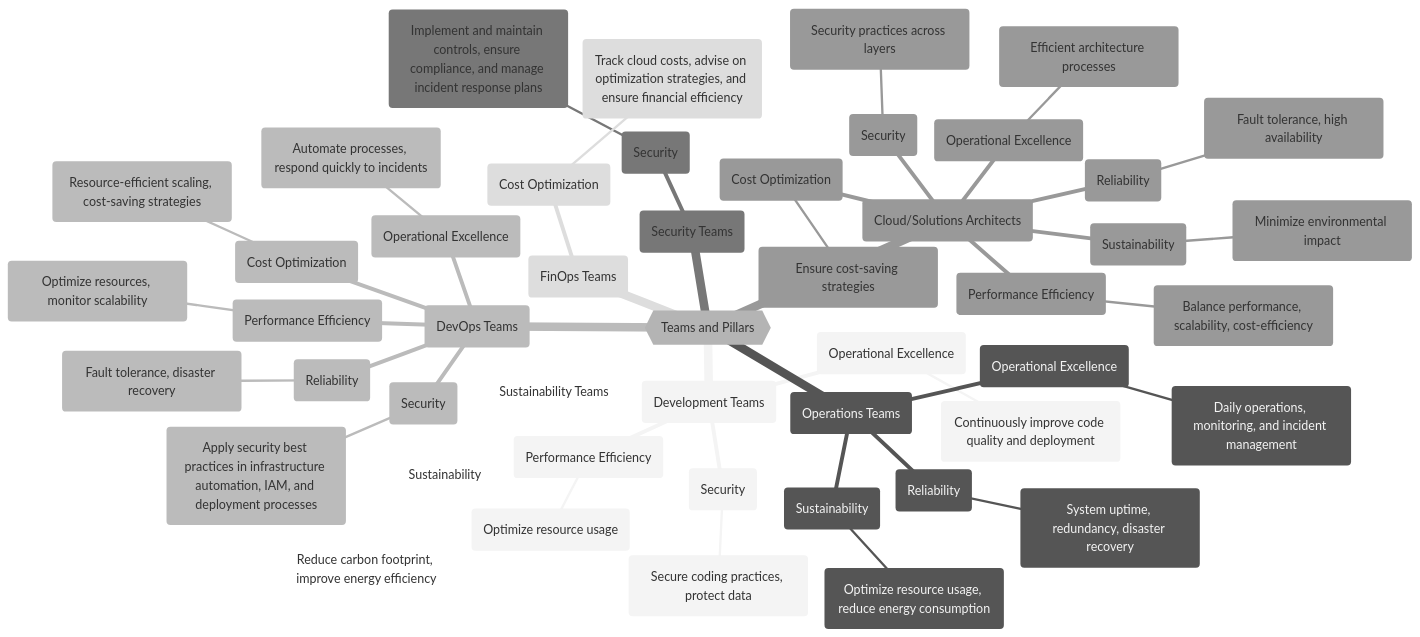
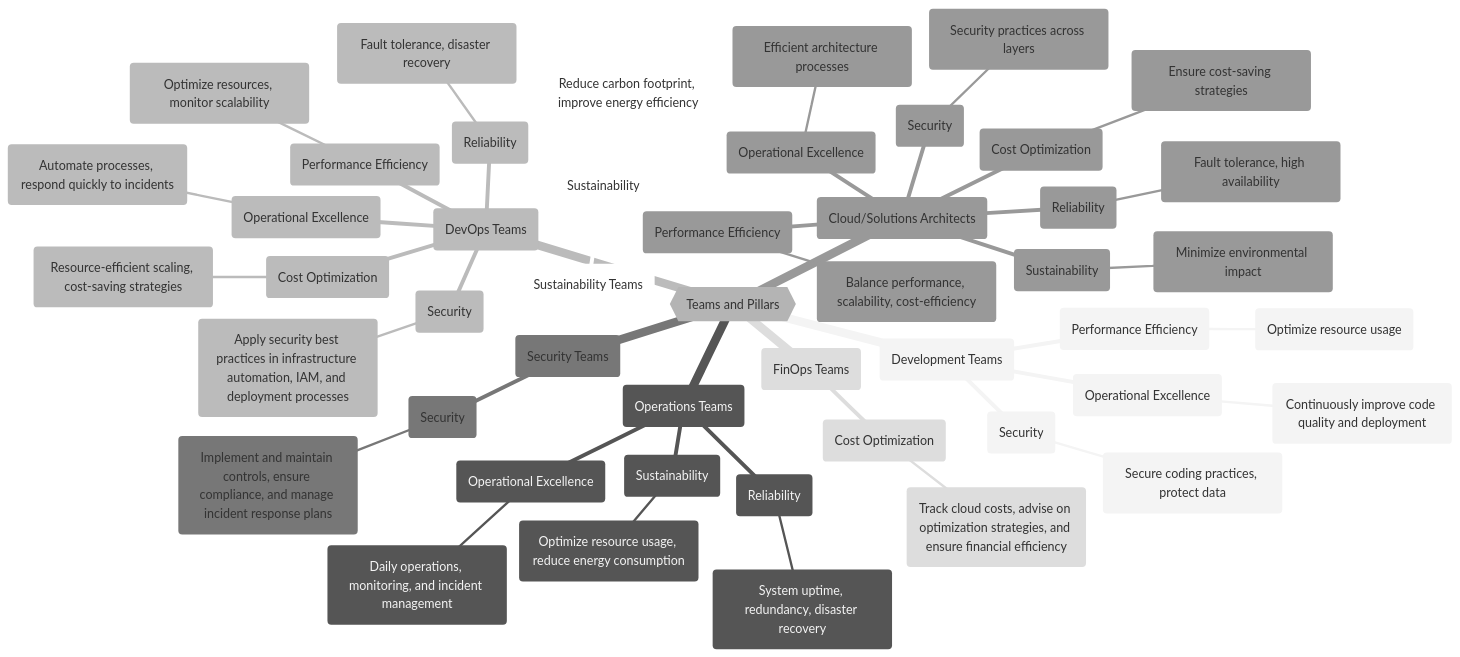
The second of 3 diagrams in _posts/2024-10-11-understanding-the-aws-well-architected-framework-why-it-s-essential-for-every-cloud-professional.md (alazaroc/blog-web-code), drawn with Mermaid (neutral theme) before and after one commit. The commit also changed other lines of this file and 3 other files, not shown here.

Commit message:
feat: new article about 'AWS Well-Architected Framework

````diff
--- a/_posts/2024-10-11-understanding-the-aws-well-architected-framework-why-it-s-essential-for-every-cloud-professional.md
+++ b/_posts/2024-10-11-understanding-the-aws-well-architected-framework-why-it-s-essential-for-every-cloud-professional.md
@@ -282,51 +294,51 @@
 ```mermaid
 mindmap
   {{"Teams and Pillars"}}
     ("Development Teams")
       ("Operational Excellence")
         ("Continuously improve code quality and deployment")
+      ("Security")
+        ("Secure coding practices, protect data")
       ("Performance Efficiency")
         ("Optimize resource usage")
-      ("Security")
-        ("Secure coding practices, protect data")
     ("Operations Teams")
       ("Operational Excellence")
         ("Daily operations, monitoring, and incident management")
       ("Reliability")
         ("System uptime, redundancy, disaster recovery")
       ("Sustainability")
         ("Optimize resource usage, reduce energy consumption")
     ("DevOps Teams")
       ("Operational Excellence")
         ("Automate processes, respond quickly to incidents")
       ("Security")
         ("Apply security best practices in infrastructure automation, IAM, and deployment processes")
       ("Reliability")
         ("Fault tolerance, disaster recovery")
       ("Performance Efficiency")
         ("Optimize resources, monitor scalability")
       ("Cost Optimization")
         ("Resource-efficient scaling, cost-saving strategies")
     ("Security Teams")
       ("Security")
         ("Implement and maintain controls, ensure compliance, and manage incident response plans")
     ("Cloud/Solutions Architects")
       ("Operational Excellence")
         ("Efficient architecture processes")
       ("Security")
         ("Security practices across layers")
       ("Reliability")
         ("Fault tolerance, high availability")
       ("Performance Efficiency")
         ("Balance performance, scalability, cost-efficiency")
       ("Cost Optimization")
         ("Ensure cost-saving strategies")
       ("Sustainability")
         ("Minimize environmental impact")
     ("FinOps Teams")
       ("Cost Optimization")
         ("Track cloud costs, advise on optimization strategies, and ensure financial efficiency")
     ("Sustainability Teams")
       ("Sustainability")
         ("Reduce carbon footprint, improve energy efficiency")
 ```
````
